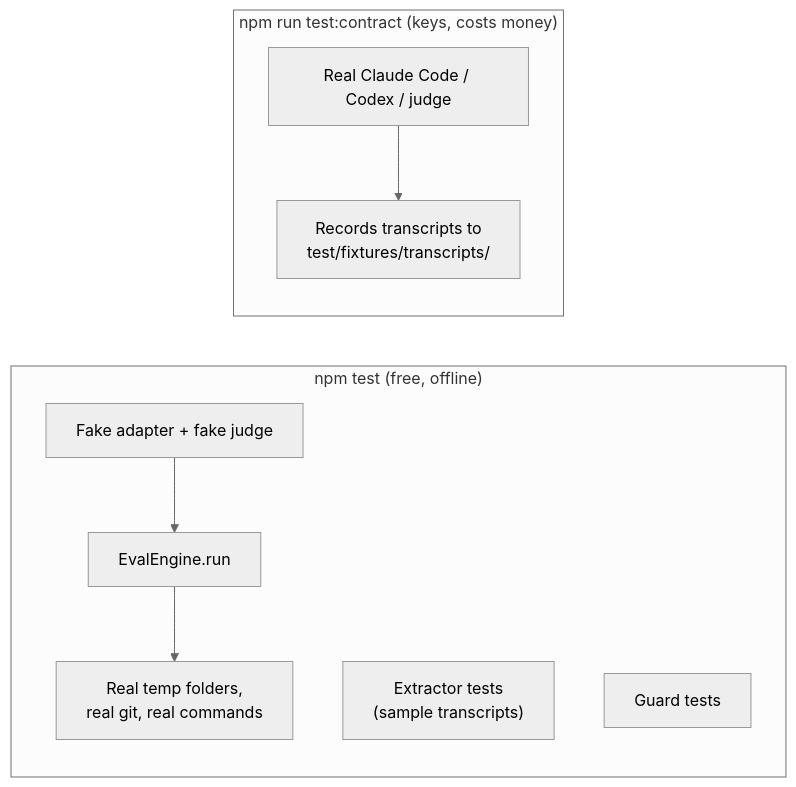
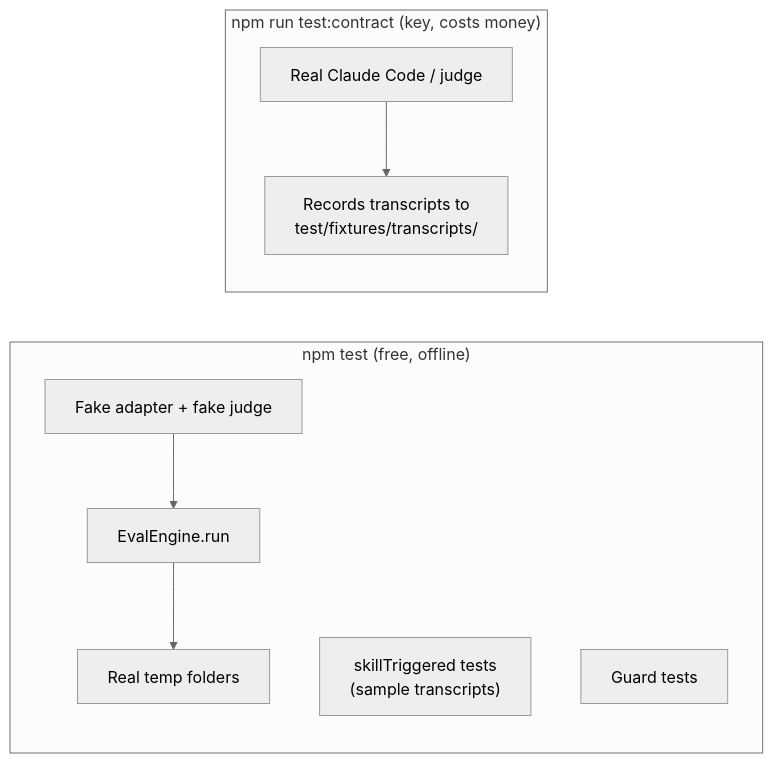
The third of 3 diagrams in evals/README.md (InteropIO/iointel-dev-kit), drawn with Mermaid (neutral theme) before and after one commit. The commit also changed other lines of this file and 50 other files, not shown here.

````diff
--- a/evals/README.md
+++ b/evals/README.md
@@ -447,12 +318,12 @@
 ```mermaid
 flowchart LR
     subgraph unit["npm test (free, offline)"]
         fakes["Fake adapter + fake judge"] --> seam["EvalEngine.run"]
-        seam --> fs["Real temp folders,<br/>real git, real commands"]
-        ext["Extractor tests<br/>(sample transcripts)"]
+        seam --> fs["Real temp folders"]
+        trig["skillTriggered tests<br/>(sample transcripts)"]
         guard["Guard tests"]
     end
-    subgraph contract["npm run test:contract (keys, costs money)"]
-        real["Real Claude Code / Codex / judge"] --> rec["Records transcripts to<br/>test/fixtures/transcripts/"]
+    subgraph contract["npm run test:contract (key, costs money)"]
+        real["Real Claude Code / judge"] --> rec["Records transcripts to<br/>test/fixtures/transcripts/"]
     end
 ```
````
